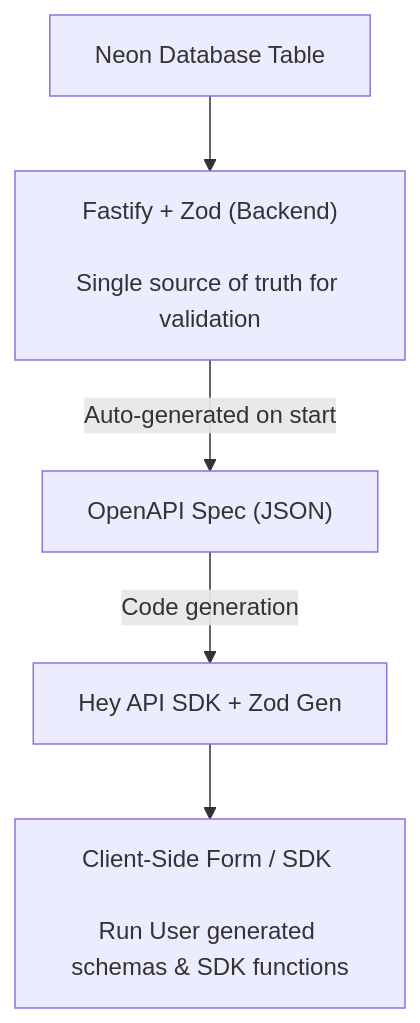
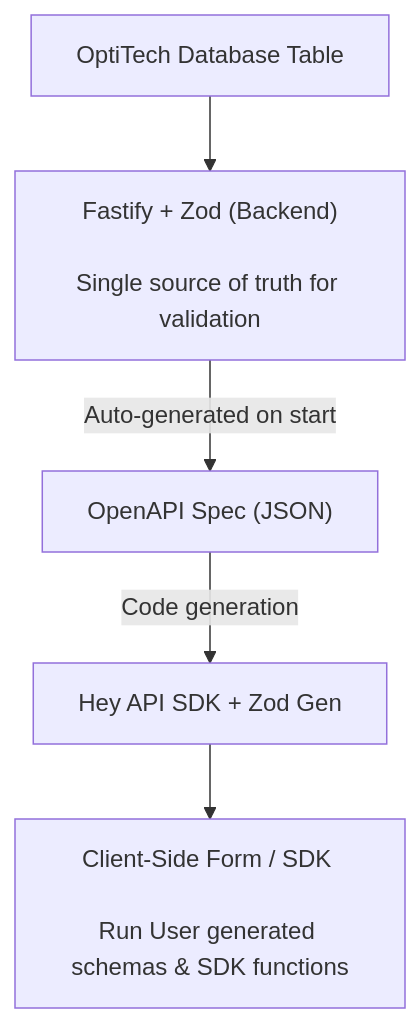
Before and after one commit to prakto-org/optitech-hemsida: the diagram in content/guides/fastify-neon-zod.md, drawn with Mermaid. The commit also changed other lines of this file and 2084 other files, not shown here.

First line of the commit message:
feat: rebrand Neon site to OptiTech

````diff
--- a/content/guides/fastify-neon-zod.md
+++ b/content/guides/fastify-neon-zod.md
@@ -27,7 +27,7 @@
 ```mermaid
 flowchart TD
-  A["Neon Database Table"] --> B["Fastify + Zod (Backend)<br/><br/>Single source of truth for validation"]
+  A["OptiTech Database Table"] --> B["Fastify + Zod (Backend)<br/><br/>Single source of truth for validation"]
   B -->|Auto-generated on start| C["OpenAPI Spec (JSON)"]
   C -->|Code generation| D["Hey API SDK + Zod Gen"]
   D --> E["Client-Side Form / SDK <br/><br/>Run User generated schemas & SDK functions"]
 ```
````
